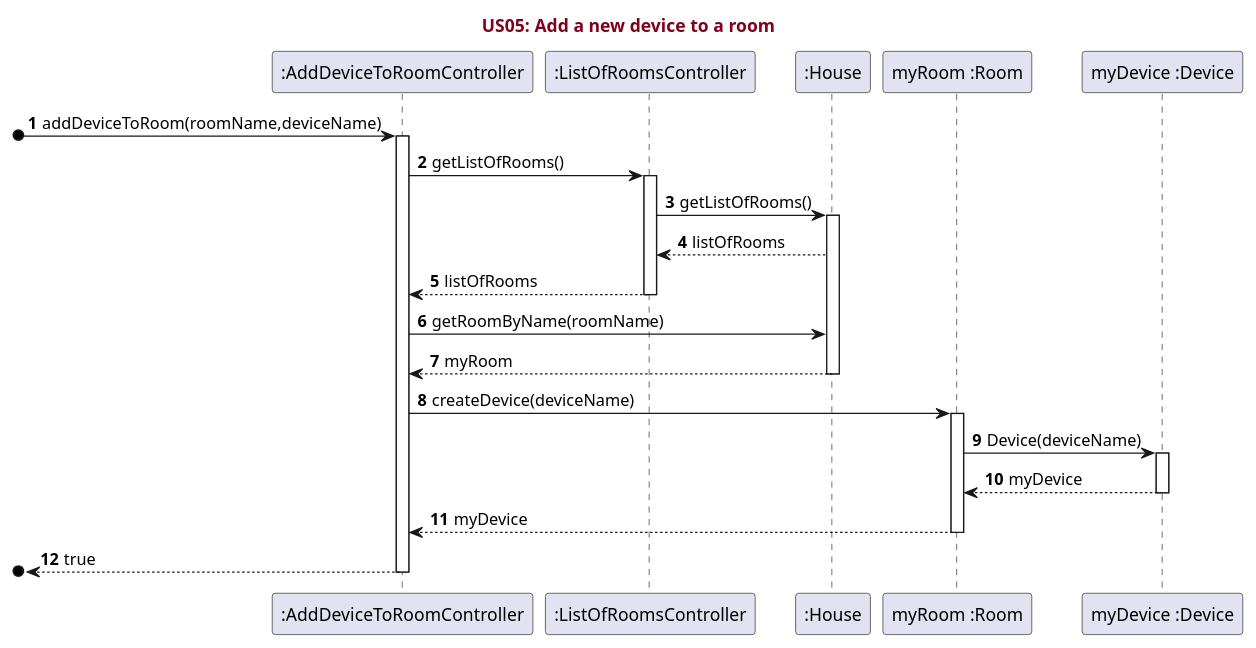
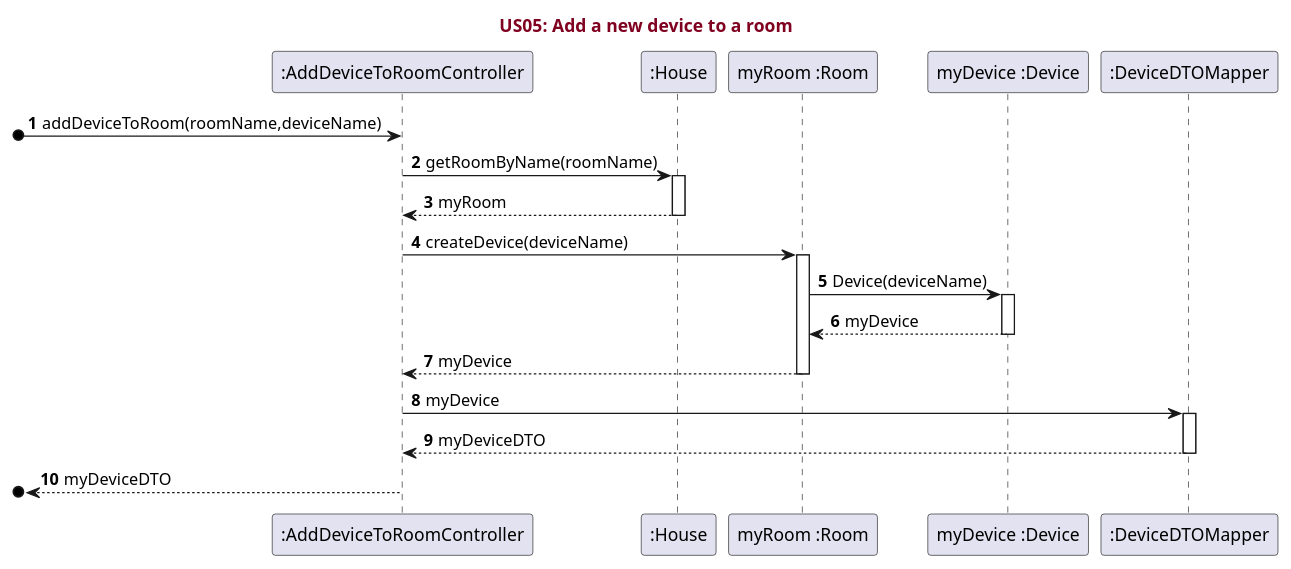
Before and after one commit to RicardoAraujoPT/SmartHome2: the diagram in src/main/java/pt/ipp/isep/dei/examples/basic/domain/SmartHome/UML/US05.puml, drawn with PlantUML. The commit also changed 6 other files, not shown here.

Commit message:
added AddDeviceToRoomController, AddDeviceToRoomControllerTest, DeviceDTOMapper class. added method getRoomByName in House.  added method createDevice in Room. changed US05

```diff
--- a/src/main/java/pt/ipp/isep/dei/examples/basic/domain/SmartHome/UML/US05.puml
+++ b/src/main/java/pt/ipp/isep/dei/examples/basic/domain/SmartHome/UML/US05.puml
@@ -1,42 +1,38 @@
 @startuml
 'https://plantuml.com/sequence-diagram
 
 title <font color=#800020>US05: Add a new device to a room</font>
 
 
 autonumber
 
 participant ":AddDeviceToRoomController"
-participant ":ListOfRoomsController"
 participant ":House"
 participant "myRoom :Room"
 participant "myDevice :Device"
-
+participant ":DeviceDTOMapper"
 
 [o-> ":AddDeviceToRoomController" : addDeviceToRoom(roomName,deviceName)
-activate ":AddDeviceToRoomController"
-":AddDeviceToRoomController" -> ":ListOfRoomsController" :getListOfRooms()
-activate ":ListOfRoomsController"
-":ListOfRoomsController" -> ":House" : getListOfRooms()
+":AddDeviceToRoomController" -> ":House" :getRoomByName(roomName)
 activate ":House"
-":House" --> ":ListOfRoomsController" : listOfRooms
-":AddDeviceToRoomController" <-- ":ListOfRoomsController" : listOfRooms
-deactivate ":ListOfRoomsController"
-":AddDeviceToRoomController" -> ":House" :getRoomByName(roomName)
 ":AddDeviceToRoomController" <-- ":House" : myRoom
 deactivate ":House"
 ":AddDeviceToRoomController" -> "myRoom :Room" : createDevice(deviceName)
 activate "myRoom :Room"
 "myRoom :Room" -> "myDevice :Device" : Device(deviceName)
 activate "myDevice :Device"
 "myDevice :Device" --> "myRoom :Room" : myDevice
 deactivate "myDevice :Device"
 ":AddDeviceToRoomController" <-- "myRoom :Room" : myDevice
 deactivate "myRoom :Room"
-[o<-- ":AddDeviceToRoomController" : true
+":AddDeviceToRoomController" -> ":DeviceDTOMapper" : myDevice
+activate ":DeviceDTOMapper"
+":AddDeviceToRoomController" <-- ":DeviceDTOMapper" : myDeviceDTO
+deactivate ":DeviceDTOMapper"
+[o<-- ":AddDeviceToRoomController" : myDeviceDTO
 deactivate ":AddDeviceToRoomController"
 
 
 
 
 @enduml
```
